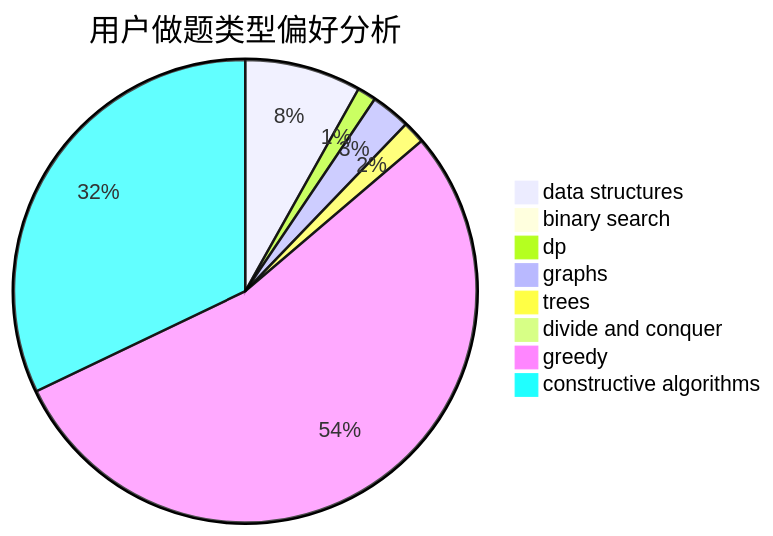
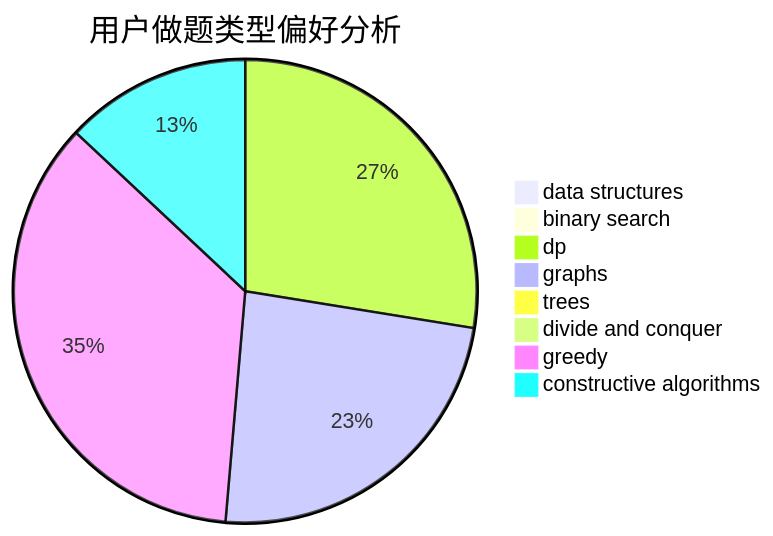
Before and after one commit to sherpahu/cfrs.github.io: the second of 3 diagrams in docs/user/u2296.md, drawn with Mermaid. The commit also changed other lines of this file and 2770 other files, not shown here.

````diff
--- a/docs/user/u2296.md
+++ b/docs/user/u2296.md
@@ -23,11 +23,11 @@
 ```mermaid
 pie title 用户做题类型偏好分析
-    "data structures" :  62
-    "binary search" :  7
-    "dp" :  10
-    "graphs" :  21
-    "trees" :  12
-    "divide and conquer" :  0
-    "greedy" :  413
-    "constructive algorithms" :  245
+    "data structures" :  9
+    "binary search" :  4
+    "dp" :  273
+    "graphs" :  236
+    "trees" :  0
+    "divide and conquer" :  8
+    "greedy" :  353
+    "constructive algorithms" :  129
 ```
````
